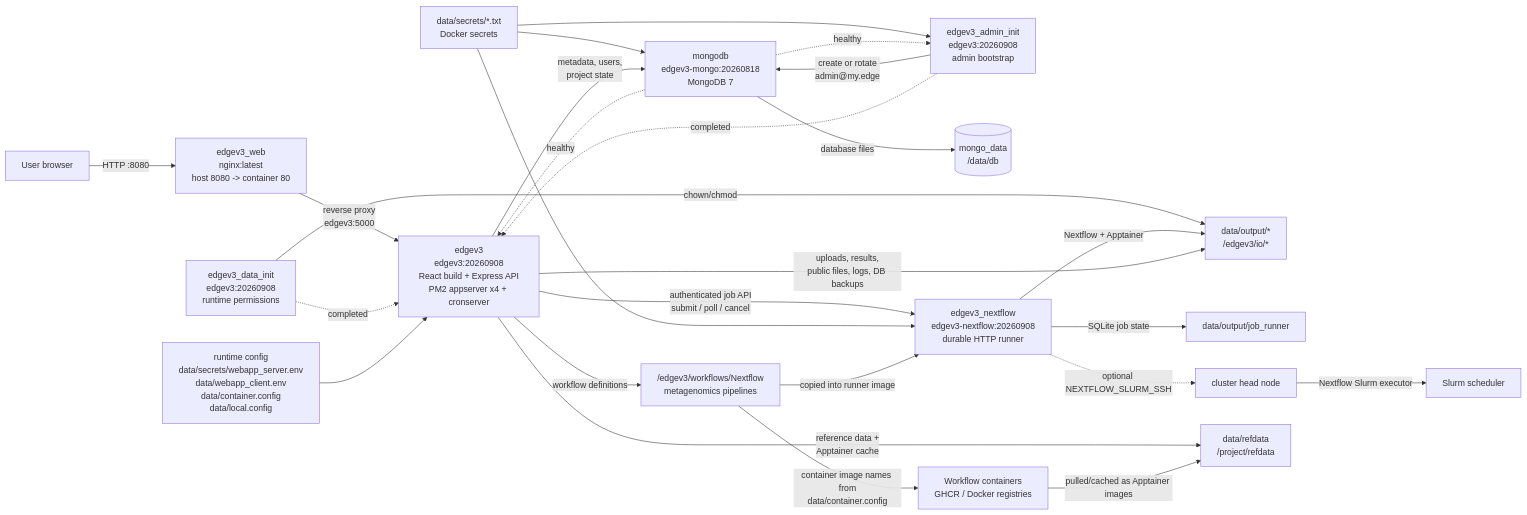
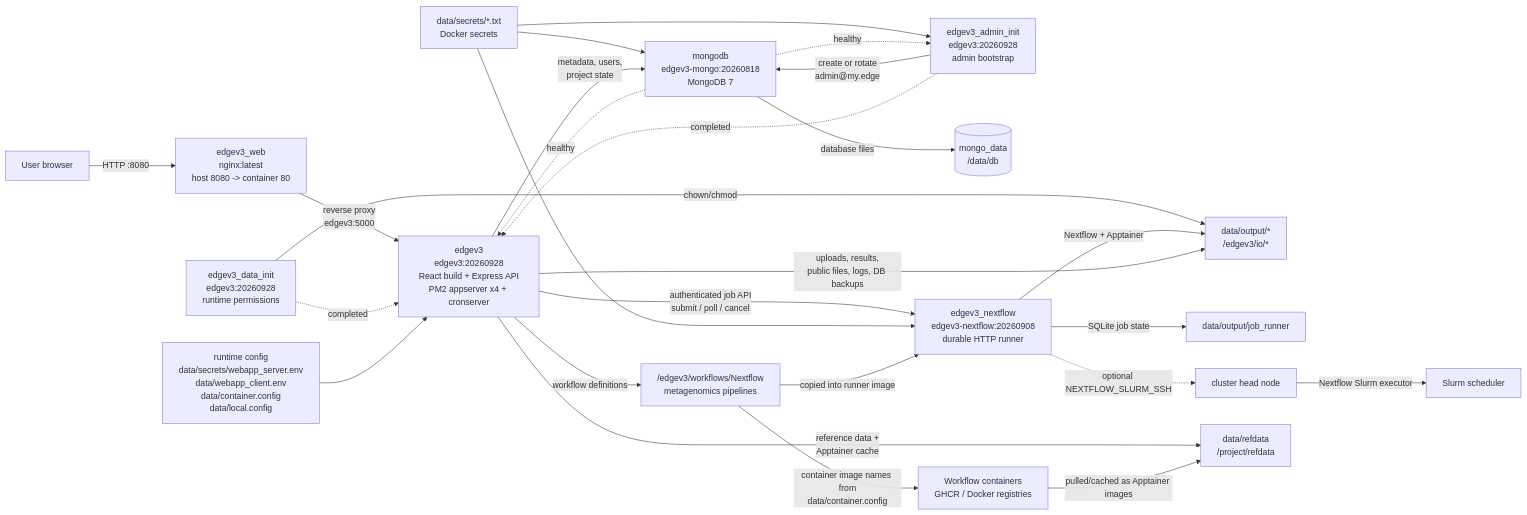
One commit to LANL-Bioinformatics/edgev3_app changed the diagram in README.md. Above: the diagram before and after it, drawn with Mermaid. The commit also changed other lines of this file and 4 other files, not shown here.

Commit message:
update edgev3 build version to 20260928

````diff
--- a/README.md
+++ b/README.md
@@ -64,32 +64,32 @@
 ```mermaid
 flowchart LR
     browser["User browser"] -->|"HTTP :8080"| web["edgev3_web<br/>nginx:latest<br/>host 8080 -> container 80"]
-    web -->|"reverse proxy<br/>edgev3:5000"| app["edgev3<br/>edgev3:20260908<br/>React build + Express API<br/>PM2 appserver x4 + cronserver"]
+    web -->|"reverse proxy<br/>edgev3:5000"| app["edgev3<br/>edgev3:20260928<br/>React build + Express API<br/>PM2 appserver x4 + cronserver"]
 
     secrets["data/secrets/*.txt<br/>Docker secrets"] --> mongo["mongodb<br/>edgev3-mongo:20260818<br/>MongoDB 7"]
-    secrets --> adminInit["edgev3_admin_init<br/>edgev3:20260908<br/>admin bootstrap"]
+    secrets --> adminInit["edgev3_admin_init<br/>edgev3:20260928<br/>admin bootstrap"]
     mongo -->|"database files"| mongoVol[("mongo_data<br/>/data/db")]
     mongo -. "healthy" .-> adminInit
     adminInit -->|"create or rotate<br/>admin@my.edge"| mongo
 
-    dataInit["edgev3_data_init<br/>edgev3:20260908<br/>runtime permissions"] -->|"chown/chmod"| output["data/output/*<br/>/edgev3/io/*"]
+    dataInit["edgev3_data_init<br/>edgev3:20260928<br/>runtime permissions"] -->|"chown/chmod"| output["data/output/*<br/>/edgev3/io/*"]
     adminInit -. "completed" .-> app
     dataInit -. "completed" .-> app
     mongo -. "healthy" .-> app
 
     app -->|"authenticated job API<br/>submit / poll / cancel"| nextflow["edgev3_nextflow<br/>edgev3-nextflow:20260908<br/>durable HTTP runner"]
     nextflow -->|"SQLite job state"| runnerState["data/output/job_runner"]
     nextflow -->|"Nextflow + Apptainer"| output
     nextflow -. "optional NEXTFLOW_SLURM_SSH" .-> clusterHead["cluster head node"]
     clusterHead -->|"Nextflow Slurm executor"| slurm["Slurm scheduler"]
     secrets --> nextflow
 
     config["runtime config<br/>data/secrets/webapp_server.env<br/>data/webapp_client.env<br/>data/container.config<br/>data/local.config"] --> app
     app -->|"metadata, users,<br/>project state"| mongo
     app -->|"uploads, results,<br/>public files, logs, DB backups"| output
     app -->|"reference data +<br/>Apptainer cache"| refdata["data/refdata<br/>/project/refdata"]
     app -->|"workflow definitions"| workflows["/edgev3/workflows/Nextflow<br/>metagenomics pipelines"]
     workflows -->|"copied into runner image"| nextflow
     workflows -->|"container image names from<br/>data/container.config"| containers["Workflow containers<br/>GHCR / Docker registries"]
     containers -->|"pulled/cached as Apptainer images"| refdata
 ```
````
